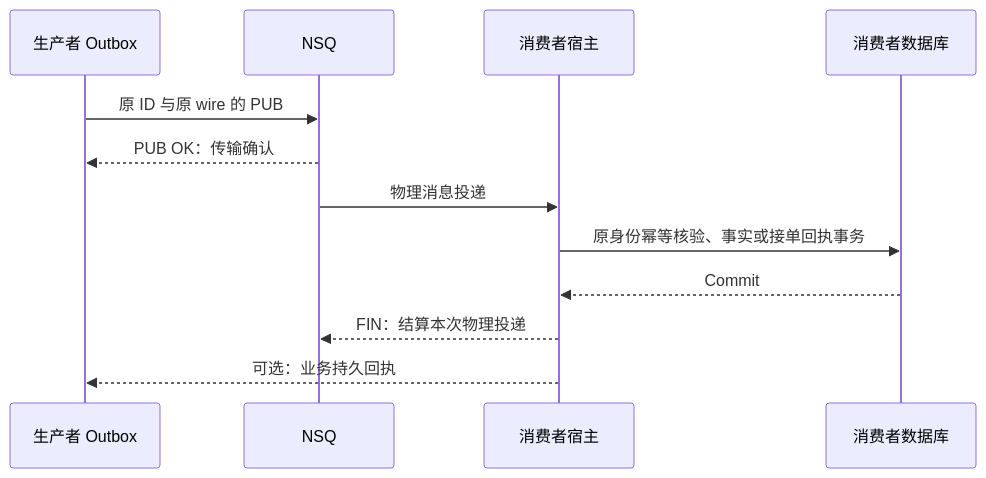
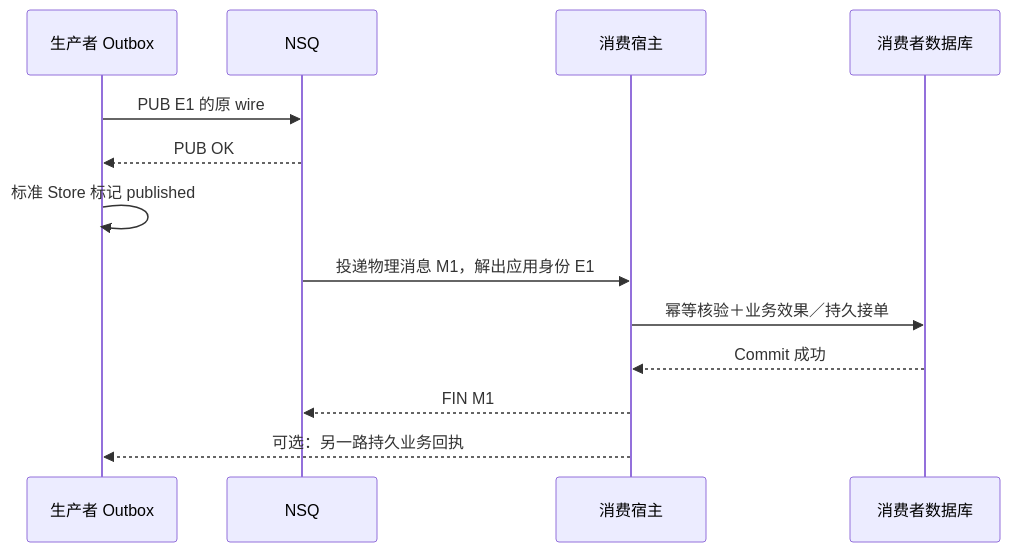
The first of 2 diagrams in docs/01-核心设计/投递与消费.md (FangcunMount/reliable-messaging), drawn with Mermaid before and after one commit. The commit also changed other lines of this file, not shown here.

````diff
--- a/docs/01-核心设计/投递与消费.md
+++ b/docs/01-核心设计/投递与消费.md
@@ -9,14 +11,15 @@
 ```mermaid
 sequenceDiagram
-  participant Sender as 生产者 Outbox
-  participant Broker as NSQ
-  participant Consumer as 消费者宿主
-  participant DB as 消费者数据库
-  Sender->>Broker: 原 ID 与原 wire 的 PUB
-  Broker-->>Sender: PUB OK：传输确认
-  Broker->>Consumer: 物理消息投递
-  Consumer->>DB: 原身份幂等核验、事实或接单回执事务
-  DB-->>Consumer: Commit
-  Consumer-->>Broker: FIN：结算本次物理投递
-  Consumer-->>Sender: 可选：业务持久回执
+  participant O as 生产者 Outbox
+  participant N as NSQ
+  participant C as 消费宿主
+  participant D as 消费者数据库
+  O->>N: PUB E1 的原 wire
+  N-->>O: PUB OK
+  O->>O: 标准 Store 标记 published
+  N->>C: 投递物理消息 M1，解出应用身份 E1
+  C->>D: 幂等核验＋业务效果／持久接单
+  D-->>C: Commit 成功
+  C-->>N: FIN M1
+  C-->>O: 可选：另一路持久业务回执
 ```
````
